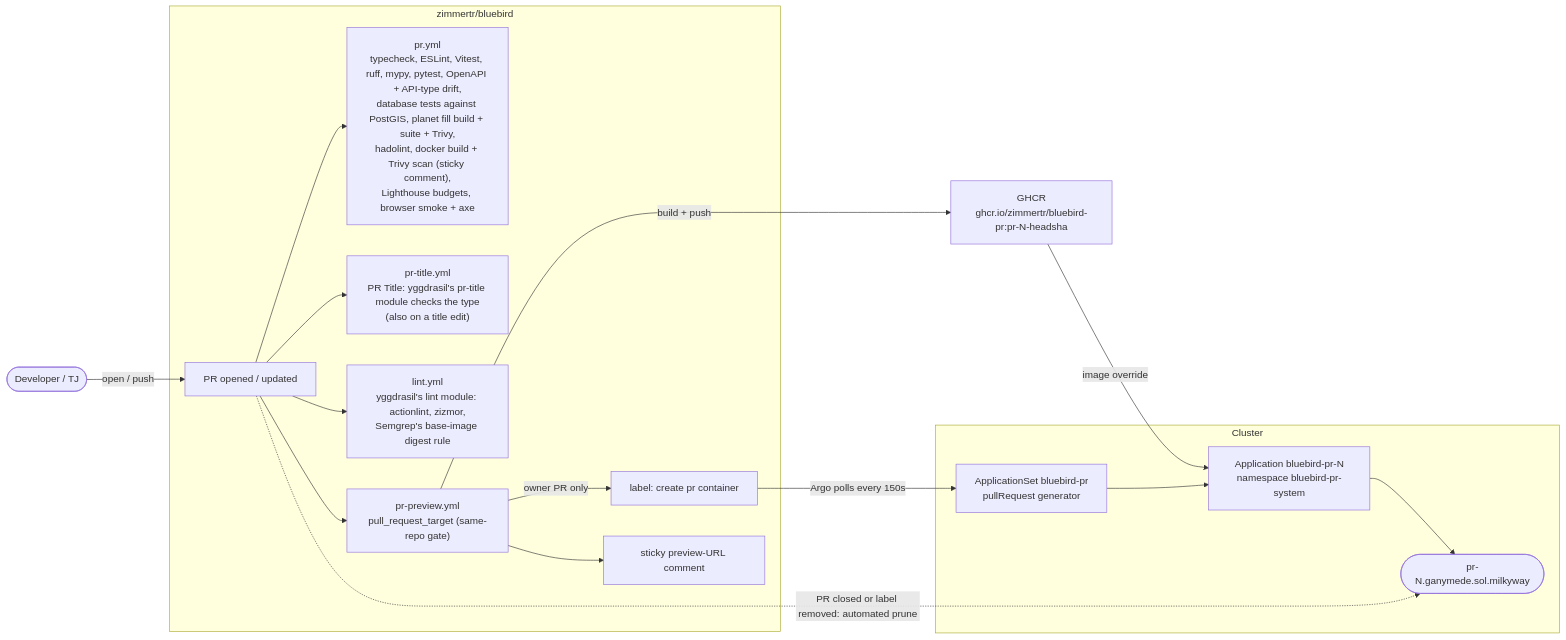
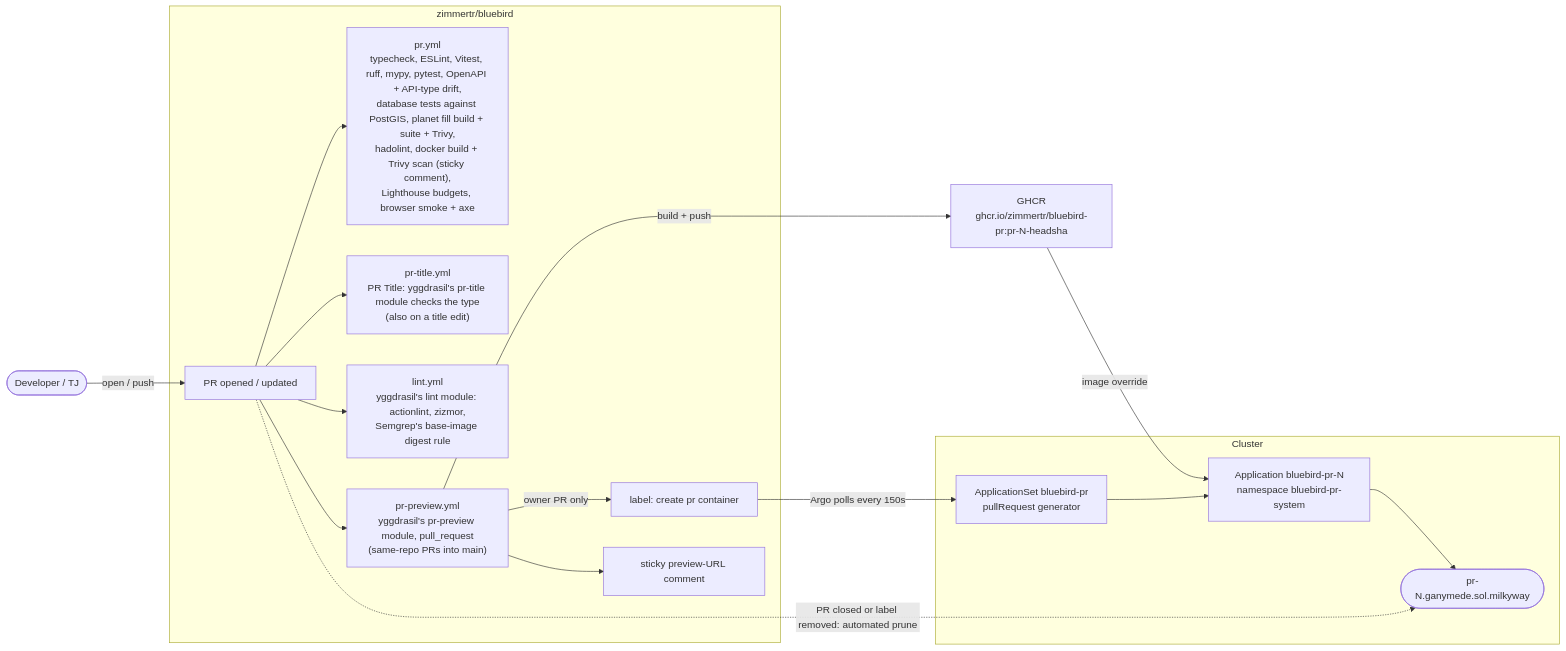
Before and after one commit to zimmertr/bluebird: the fourth of 6 diagrams in docs/CICD.md, drawn with Mermaid. The commit also changed other lines of this file and 4 other files, not shown here.

First line of the commit message:
ci(preview): build previews through yggdrasil's pr-preview module on pull_request (#944)

````diff
--- a/docs/CICD.md
+++ b/docs/CICD.md
@@ -1150,36 +1150,36 @@
 ```mermaid
 flowchart LR
     dev(["Developer / TJ"])
 
     subgraph BB["zimmertr/bluebird"]
         pr["PR opened / updated"]
         checks["pr.yml<br/>typecheck, ESLint, Vitest, ruff, mypy, pytest, OpenAPI + API-type drift,<br/>database tests against PostGIS, planet fill build + suite + Trivy,<br/>hadolint, docker build + Trivy scan (sticky comment),<br/>Lighthouse budgets, browser smoke + axe"]
         title["pr-title.yml<br/>PR Title: yggdrasil's pr-title module checks the type<br/>(also on a title edit)"]
         lint["lint.yml<br/>yggdrasil's lint module: actionlint, zizmor,<br/>Semgrep's base-image digest rule"]
-        preview["pr-preview.yml<br/>pull_request_target (same-repo gate)"]
+        preview["pr-preview.yml<br/>yggdrasil's pr-preview module, pull_request<br/>(same-repo PRs into main)"]
         label["label: create pr container"]
         comment["sticky preview-URL comment"]
     end
 
     dhpr["GHCR<br/>ghcr.io/zimmertr/bluebird-pr:pr-N-headsha"]
 
     subgraph CL["Cluster"]
         appset["ApplicationSet bluebird-pr<br/>pullRequest generator"]
         app["Application bluebird-pr-N<br/>namespace bluebird-pr-system"]
         env(["pr-N.ganymede.sol.milkyway"])
     end
 
     dev -->|open / push| pr
     pr --> checks
     pr --> title
     pr --> lint
     pr --> preview
     preview -->|build + push| dhpr
     preview -->|owner PR only| label
     preview --> comment
     label -->|Argo polls every 150s| appset
     appset --> app
     dhpr -->|image override| app
     app --> env
     pr -.->|PR closed or label removed: automated prune| env
 ```
````
